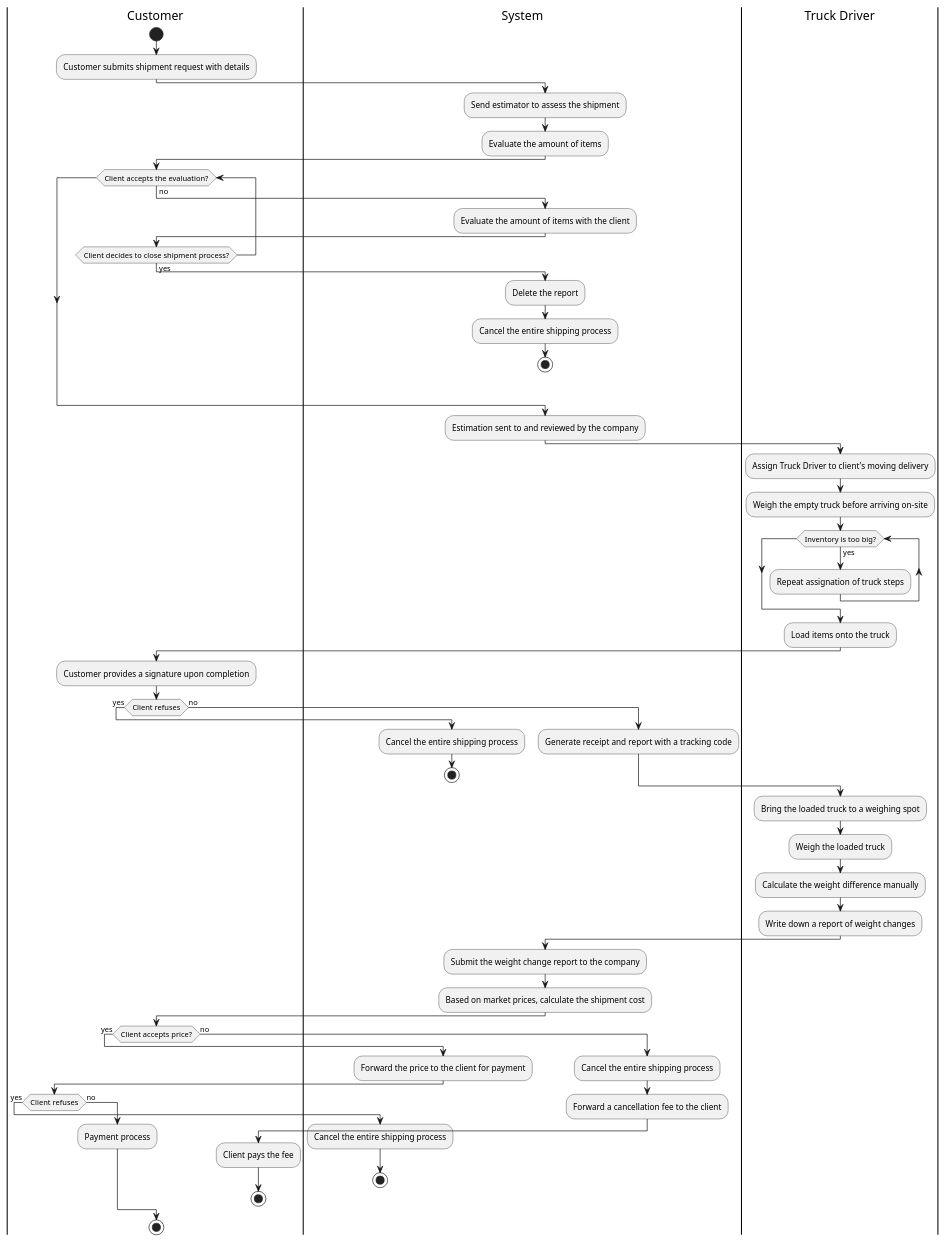
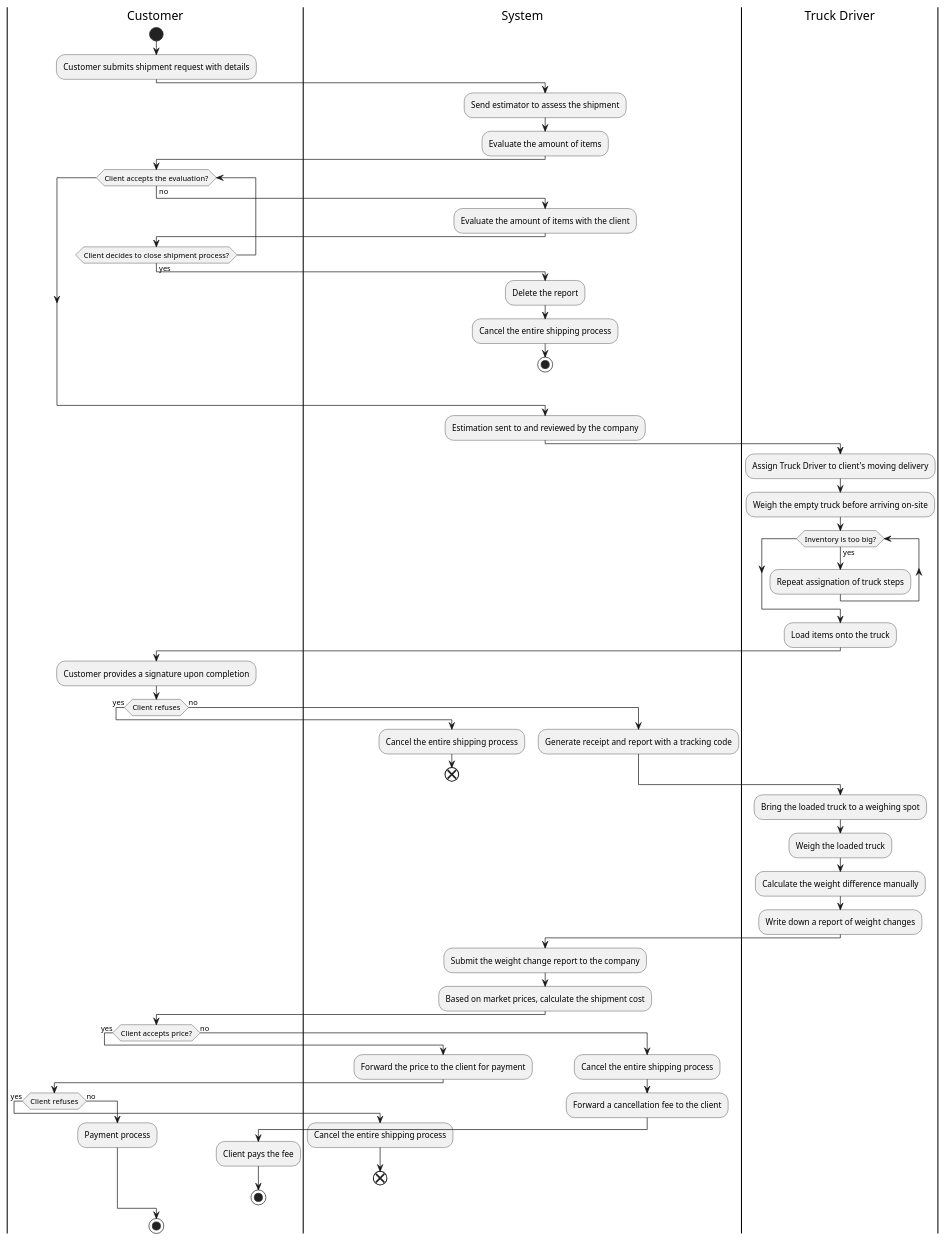
One commit to nic5694/MovingExpress changed the diagram in Diagrams/ActivityDiagrams/ShipmentProcess.puml. Above: the diagram before and after it, drawn with PlantUML. The commit also changed 3 other files, not shown here.

Commit message:
Diagrams done

```diff
--- a/Diagrams/ActivityDiagrams/ShipmentProcess.puml
+++ b/Diagrams/ActivityDiagrams/ShipmentProcess.puml
@@ -1,78 +1,78 @@
 @startuml
 |Customer|
 start
 :Customer submits shipment request with details;
 |System|
 :Send estimator to assess the shipment;
 |System|
 :Evaluate the amount of items;
 |Customer|
 while (Client accepts the evaluation?) is (no)
 |System|
   :Evaluate the amount of items with the client;
   |Customer|
   if (Client decides to close shipment process?) then (yes)
   |System|
     :Delete the report;
     :Cancel the entire shipping process;
     stop
   endif
 endwhile
 |System|
 :Estimation sent to and reviewed by the company;
 |Truck Driver|
 :Assign Truck Driver to client's moving delivery;
 |Truck Driver|
 :Weigh the empty truck before arriving on-site;
 |Truck Driver|
 while (Inventory is too big?) is (yes)
   :Repeat assignation of truck steps;
 endwhile
 |Truck Driver|
 :Load items onto the truck;
 |Customer|
 :Customer provides a signature upon completion;
 if (Client refuses) then (yes)
 |System|
   :Cancel the entire shipping process;
-  stop
+  end
 else (no)
   :Generate receipt and report with a tracking code;
 endif
 |Truck Driver|
 :Bring the loaded truck to a weighing spot;
 |Truck Driver|
 :Weigh the loaded truck;
 |Truck Driver|
 :Calculate the weight difference manually;
 |Truck Driver|
 :Write down a report of weight changes;
 |System|
 :Submit the weight change report to the company;
 |System|
 :Based on market prices, calculate the shipment cost;
 |Customer|
 if (Client accepts price?) then (yes)
 |System|
   :Forward the price to the client for payment;
   |System|
   |Customer|
   if (Client refuses) then (yes)
     |System|
     :Cancel the entire shipping process;
-    stop
+    end
   else (no)
     |Customer|
     :Payment process;
   endif
     |System|
 else (no)
   :Cancel the entire shipping process;
   :Forward a cancellation fee to the client;
       |Customer|
   :Client pays the fee;
   stop
 endif
 |Customer|
 stop
 @enduml
```
